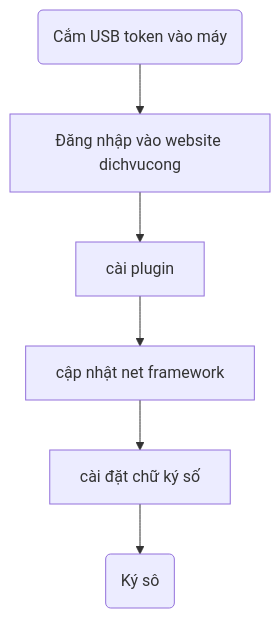
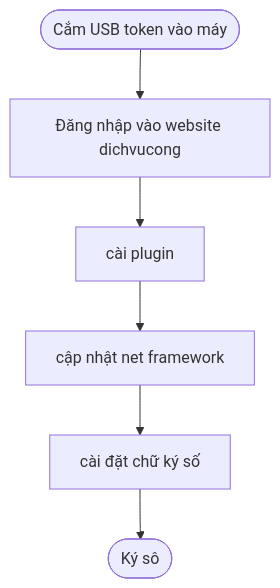
The diagram in innovation/retrieve.md (ramboviking/stat), drawn with Mermaid before and after one commit.

````diff
--- a/innovation/retrieve.md
+++ b/innovation/retrieve.md
@@ -4,8 +4,8 @@
 ```mermaid
   graph TD;
-    A(Cắm USB token vào máy)-->B[Đăng nhập vào website dichvucong];
+    A([Cắm USB token vào máy])-->B[Đăng nhập vào website dichvucong];
     B-->C[cài plugin];
     C-->D[cập nhật net framework];
     D-->E[cài đặt chữ ký số];
-    E-->F(Ký sô);
+    E-->F([Ký sô]);
 ```
````
